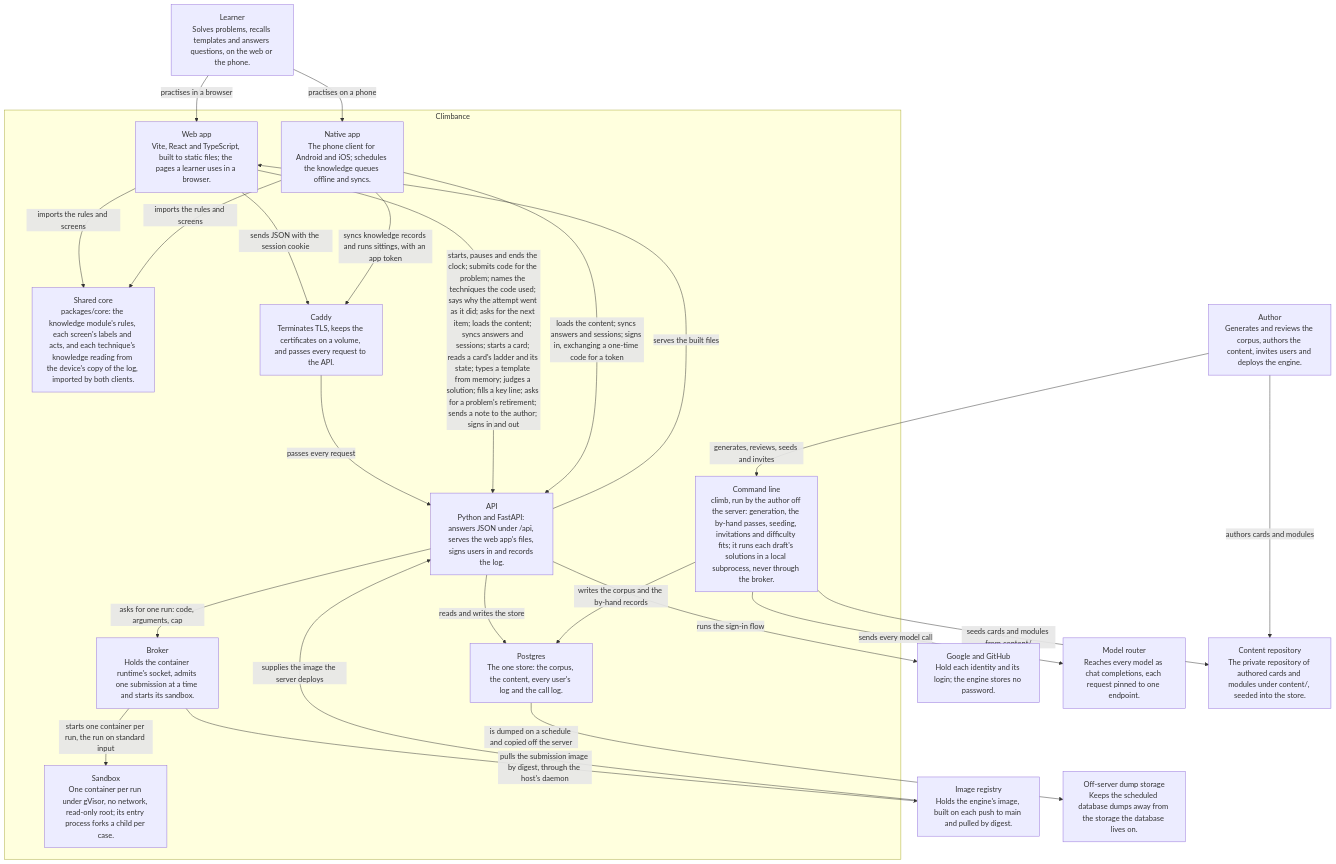
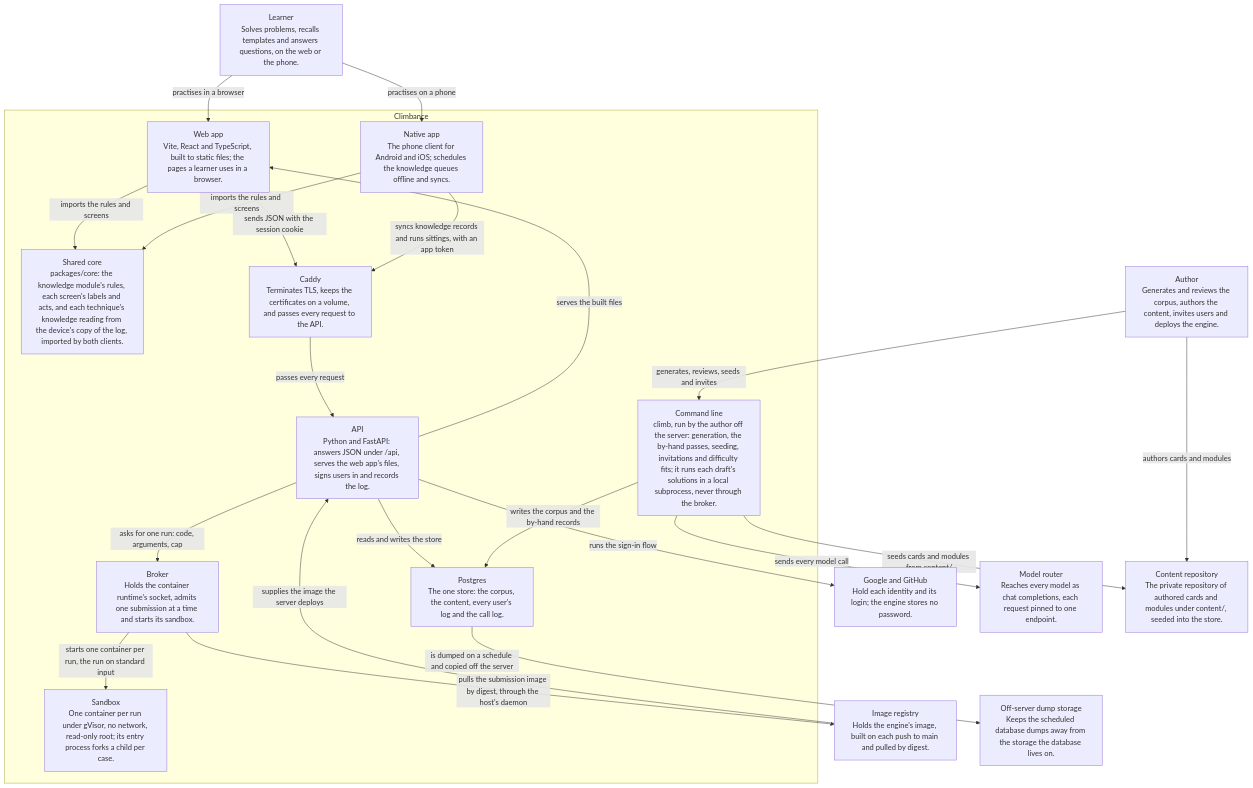
Before and after one commit to climbance/climbance: the second of 4 diagrams in docs/architecture/README.md, drawn with Mermaid. The commit also changed 1 other file, not shown here.

Commit message:
fix(docs): skip a lifted edge a shown path joins
The container view drew web_app -> api and native_app -> api beside
the path through the proxy. A relation to a hidden component is lifted
to its container, and was dropped only when a direct relation already
joined that pair. It is now dropped when any path of shown relations
joins it, so the view shows each client reaching the API through Caddy
alone.

````diff
--- a/docs/architecture/README.md
+++ b/docs/architecture/README.md
@@ -35,43 +35,41 @@
 ```mermaid
 flowchart TB
     learner["Learner<br/>Solves problems, recalls templates and answers questions, on the web or the phone."]
     author["Author<br/>Generates and reviews the corpus, authors the content, invites users and deploys the engine."]
     identity_providers["Google and GitHub<br/>Hold each identity and its login; the engine stores no password."]
     model_router["Model router<br/>Reaches every model as chat completions, each request pinned to one endpoint."]
     content_repo["Content repository<br/>The private repository of authored cards and modules under content/, seeded into the store."]
     image_registry["Image registry<br/>Holds the engine's image, built on each push to main and pulled by digest."]
     offsite_dumps["Off-server dump storage<br/>Keeps the scheduled database dumps away from the storage the database lives on."]
     subgraph engine["Climbance"]
         web_app["Web app<br/>Vite, React and TypeScript, built to static files; the pages a learner uses in a browser."]
         native_app["Native app<br/>The phone client for Android and iOS; schedules the knowledge queues offline and syncs."]
         core_package["Shared core<br/>packages/core: the knowledge module's rules, each screen's labels and acts, and each technique's knowledge reading from the device's copy of the log, imported by both clients."]
         proxy["Caddy<br/>Terminates TLS, keeps the certificates on a volume, and passes every request to the API."]
         api["API<br/>Python and FastAPI: answers JSON under /api, serves the web app's files, signs users in and records the log."]
         broker["Broker<br/>Holds the container runtime's socket, admits one submission at a time and starts its sandbox."]
         sandbox["Sandbox<br/>One container per run under gVisor, no network, read-only root; its entry process forks a child per case."]
         database["Postgres<br/>The one store: the corpus, the content, every user's log and the call log."]
         cli["Command line<br/>climb, run by the author off the server: generation, the by-hand passes, seeding, invitations and difficulty fits; it runs each draft's solutions in a local subprocess, never through the broker."]
     end
     learner -->|"practises in a browser"| web_app
     learner -->|"practises on a phone"| native_app
     author -->|"generates, reviews, seeds and invites"| cli
     author -->|"authors cards and modules"| content_repo
     web_app -->|"imports the rules and screens"| core_package
     native_app -->|"imports the rules and screens"| core_package
     web_app -->|"sends JSON with the session cookie"| proxy
     native_app -->|"syncs knowledge records and runs sittings, with an app token"| proxy
     proxy -->|"passes every request"| api
     api -->|"serves the built files"| web_app
     api -->|"runs the sign-in flow"| identity_providers
     api -->|"reads and writes the store"| database
     api -->|"asks for one run: code, arguments, cap"| broker
     broker -->|"starts one container per run, the run on standard input"| sandbox
     broker -->|"pulls the submission image by digest, through the host's daemon"| image_registry
     cli -->|"sends every model call"| model_router
     cli -->|"writes the corpus and the by-hand records"| database
     cli -->|"seeds cards and modules from content/"| content_repo
     image_registry -->|"supplies the image the server deploys"| api
     database -->|"is dumped on a schedule and copied off the server"| offsite_dumps
-    web_app -->|"starts, pauses and ends the clock; submits code for the problem; names the techniques the code used; says why the attempt went as it did; asks for the next item; loads the content; syncs answers and sessions; starts a card; reads a card's ladder and its state; types a template from memory; judges a solution; fills a key line; asks for a problem's retirement; sends a note to the author; signs in and out"| api
-    native_app -->|"loads the content; syncs answers and sessions; signs in, exchanging a one-time code for a token"| api
 ```
````
